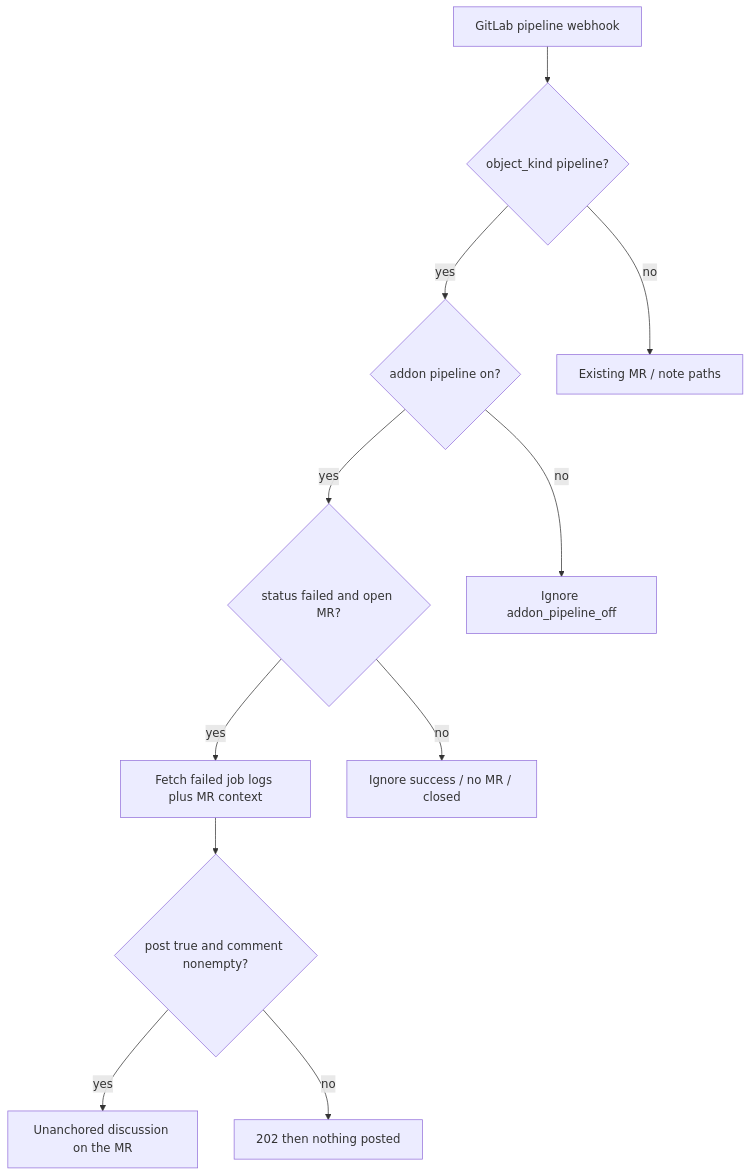
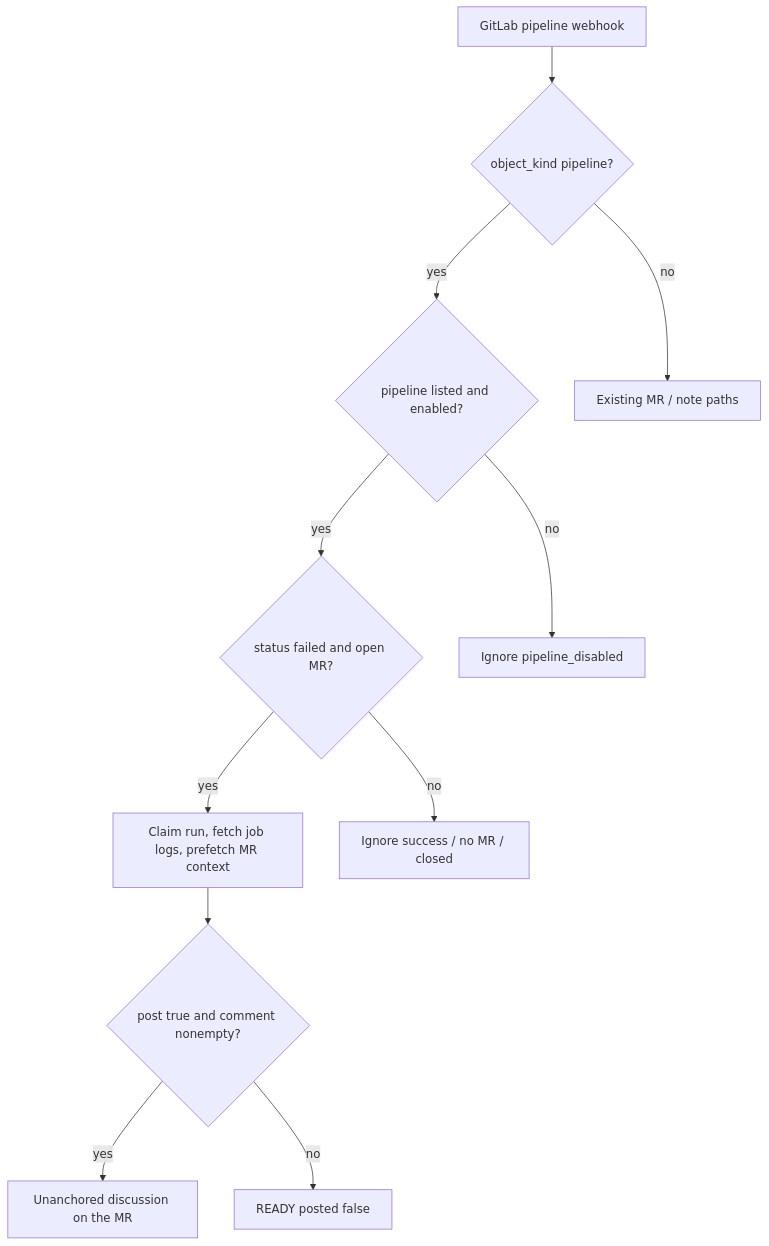
One commit to bitboyro/mrr changed the diagram in docs/pipelineagent-addon.md. Above: the diagram before and after it, drawn with Mermaid. The commit also changed other lines of this file and 128 other files, not shown here.

````diff
--- a/docs/pipelineagent-addon.md
+++ b/docs/pipelineagent-addon.md
@@ -41,21 +106,21 @@
 ```mermaid
 flowchart TD
   hook[GitLab pipeline webhook]
   kind{object_kind pipeline?}
-  addon{addon pipeline on?}
+  listed{pipeline listed and enabled?}
   failed{status failed and open MR?}
-  assess[Fetch failed job logs plus MR context]
+  assess[Claim run, fetch job logs, prefetch MR context]
   verdict{post true and comment nonempty?}
   post[Unanchored discussion on the MR]
-  silent[202 then nothing posted]
+  silent[READY posted false]
   hook --> kind
   kind -->|no| existing[Existing MR / note paths]
-  kind -->|yes| addon
-  addon -->|no| ignore[Ignore addon_pipeline_off]
-  addon -->|yes| failed
+  kind -->|yes| listed
+  listed -->|no| ignore[Ignore pipeline_disabled]
+  listed -->|yes| failed
   failed -->|no| ignore2[Ignore success / no MR / closed]
   failed -->|yes| assess
   assess --> verdict
   verdict -->|yes| post
   verdict -->|no| silent
 ```
````
